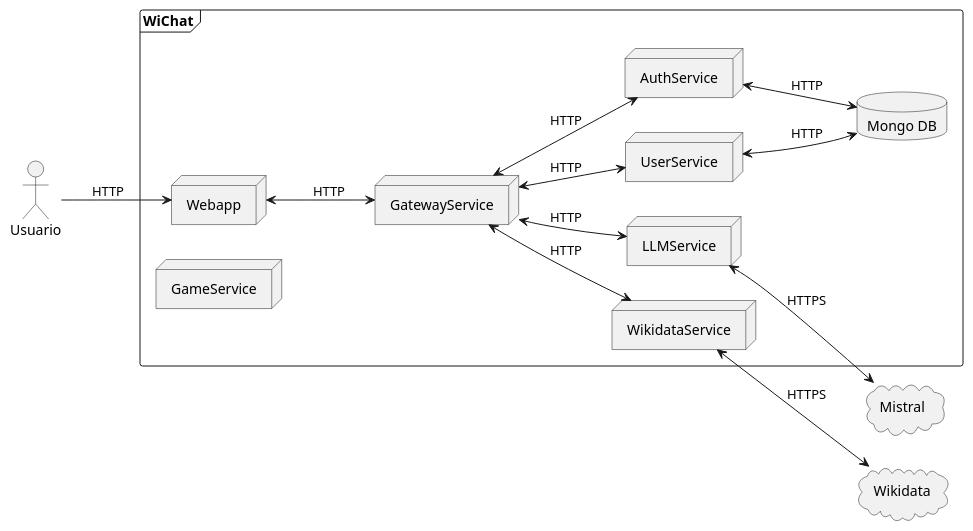
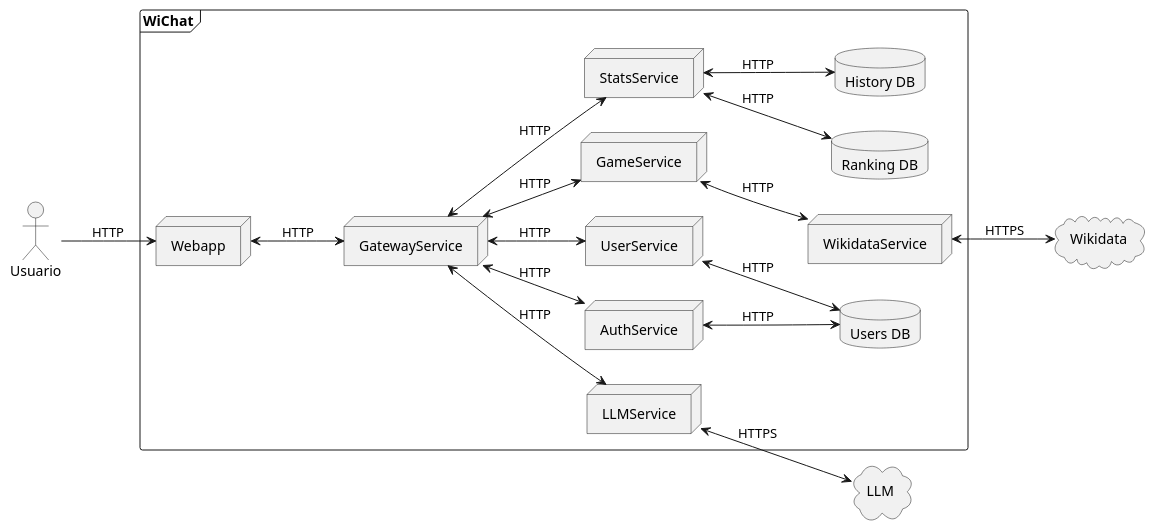
Before and after one commit to Arquisoft/wichat_es5b: the second of 2 diagrams in docs/src/03_context_and_scope.adoc, drawn with PlantUML. The commit also changed other lines of this file and 5 other files, not shown here.

```diff
--- a/docs/src/03_context_and_scope.adoc
+++ b/docs/src/03_context_and_scope.adoc
@@ -113,44 +113,55 @@
 [plantuml,"Contexto tecnico",png]
 ----
 @startuml
 skinparam monochrome true
 left to right direction
 
 actor "Usuario"
 
 frame WiChat {
     node "Webapp"
 
     node "GatewayService"
 
     node "UserService"
 
     node "AuthService"
 
     node "LLMService"
 
     node "WikidataService"
 
     node "GameService"
 
-    database "Mongo DB"
+    node "StatsService"
+
+    database "Users DB"
+
+    database "History DB"
+
+    database "Ranking DB"
 }
 
 cloud "Wikidata"
 
-cloud "Mistral"
+cloud "LLM"
 
 "Usuario" --> "Webapp" : HTTP
 "Webapp" <--> "GatewayService" : HTTP
 "GatewayService" <--> "UserService" : HTTP
 "GatewayService" <--> "AuthService" : HTTP
 "GatewayService" <--> "LLMService" : HTTP
-"GatewayService" <--> "WikidataService" : HTTP
-"UserService" <--> "Mongo DB" : HTTP
-"AuthService" <--> "Mongo DB" : HTTP
-"LLMService" <--> "Mistral" : HTTPS
+"GatewayService" <--> "GameService" : HTTP
+"GatewayService" <--> "StatsService" : HTTP
+"GameService" <--> "WikidataService" : HTTP
+"StatsService" <--> "History DB" : HTTP
+"StatsService" <--> "Ranking DB" : HTTP
+"UserService" <--> "Users DB" : HTTP
+"AuthService" <--> "Users DB" : HTTP
+
+"LLMService" <--> "LLM" : HTTPS
 "WikidataService" <--> "Wikidata" : HTTPS
 
 
 @enduml
 ----
```
